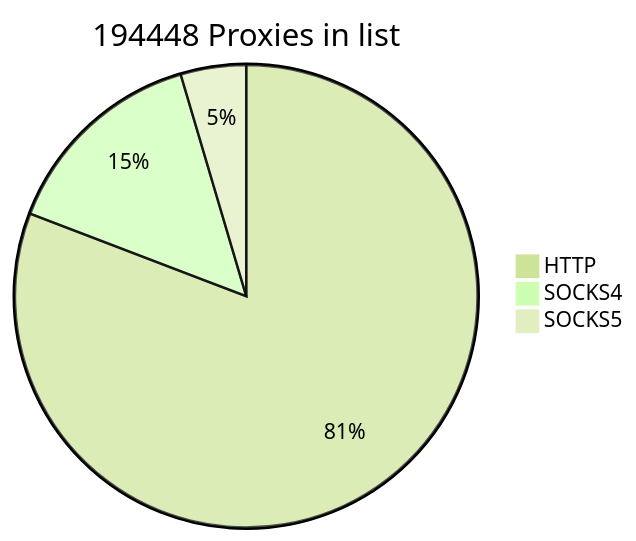
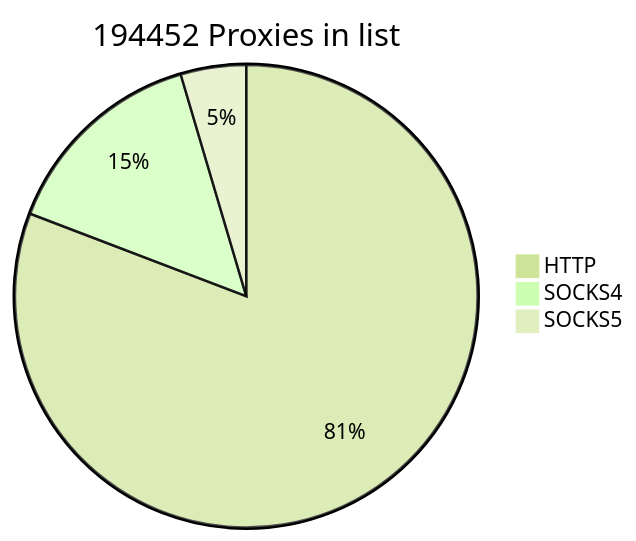
One commit to cutipu/proxylist changed the first of 2 diagrams in README.md. Above: the diagram before and after it, drawn with Mermaid (forest theme). The commit also changed other lines of this file, not shown here.

````diff
--- a/README.md
+++ b/README.md
@@ -2,7 +2,7 @@
 ```mermaid
-pie title 194448 Proxies in list
-    "HTTP" : 157132
-    "SOCKS4" : 28424
+pie title 194452 Proxies in list
+    "HTTP" : 157134
+    "SOCKS4" : 28426
     "SOCKS5" : 8892
             
 ```
````
